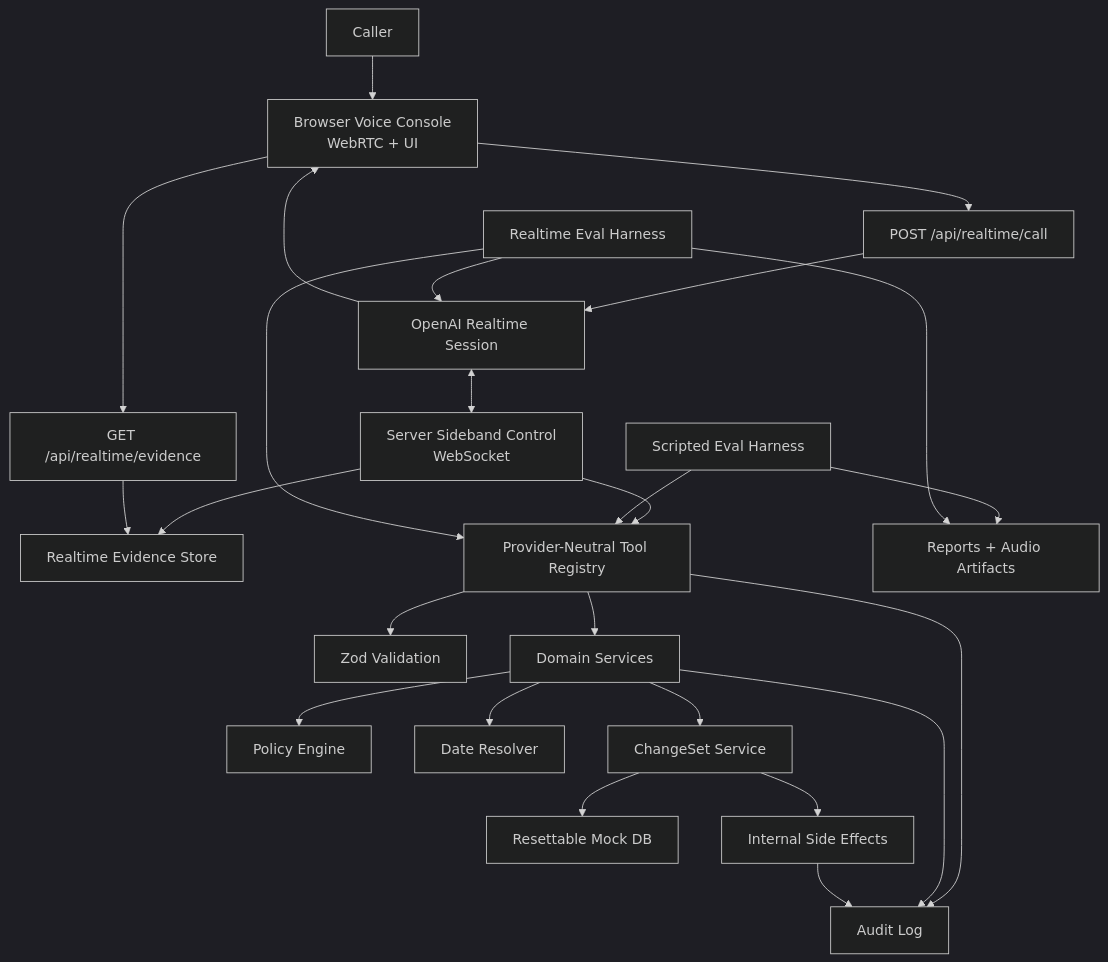
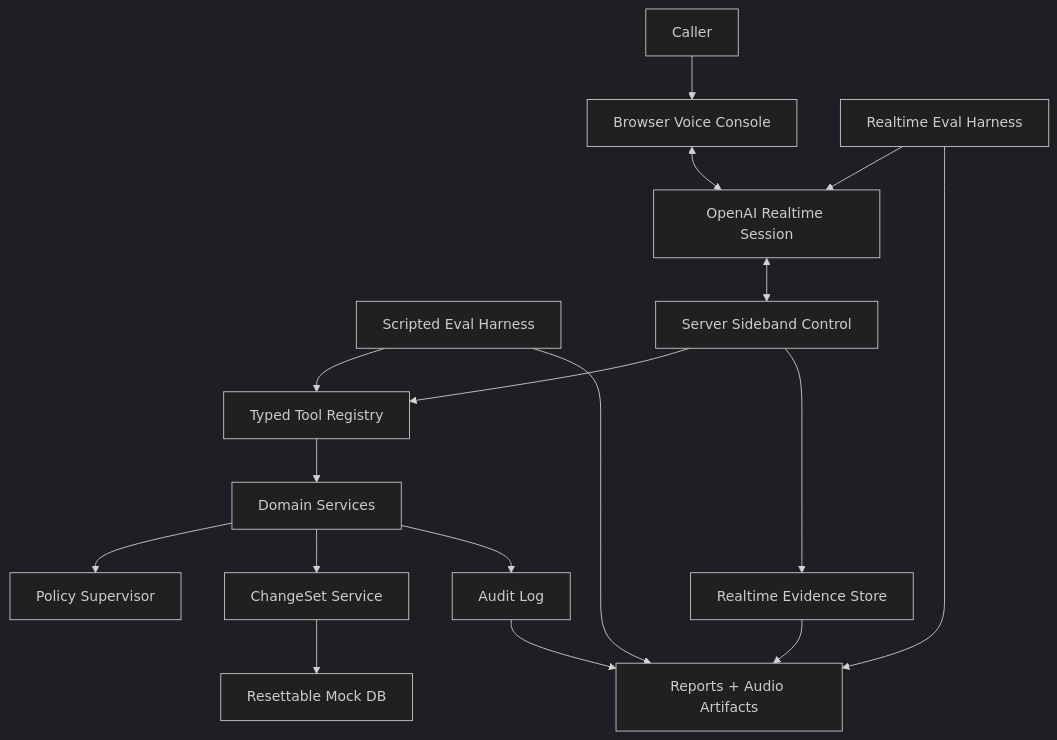
Before and after one commit to terracio/voice-ops-agent: the first of 2 diagrams in docs/architecture.md, drawn with Mermaid (dark theme). The commit also changed other lines of this file and 7 other files, not shown here.

Commit message:
docs: sharpen voice ops architecture docs

````diff
--- a/docs/architecture.md
+++ b/docs/architecture.md
@@ -11,47 +34,34 @@
 ```mermaid
 flowchart TD
   Caller["Caller"]
-  Browser["Browser Voice Console\nWebRTC + UI"]
-  CallRoute["POST /api/realtime/call"]
+  Browser["Browser Voice Console"]
+  Scripted["Scripted Eval Harness"]
+  RTEval["Realtime Eval Harness"]
   Realtime["OpenAI Realtime Session"]
-  Sideband["Server Sideband Control\nWebSocket"]
-  EvidenceRoute["GET /api/realtime/evidence"]
-  Evidence["Realtime Evidence Store"]
-  Registry["Provider-Neutral Tool Registry"]
-  Schemas["Zod Validation"]
+  Sideband["Server Sideband Control"]
+  Registry["Typed Tool Registry"]
   Domain["Domain Services"]
-  Policy["Policy Engine"]
-  Dates["Date Resolver"]
+  Policy["Policy Supervisor"]
   ChangeSet["ChangeSet Service"]
   DB["Resettable Mock DB"]
-  SideFx["Internal Side Effects"]
   Audit["Audit Log"]
-  Scripted["Scripted Eval Harness"]
-  RTEval["Realtime Eval Harness"]
+  Evidence["Realtime Evidence Store"]
   Reports["Reports + Audio Artifacts"]
 
   Caller --> Browser
-  Browser --> CallRoute
-  CallRoute --> Realtime
-  Realtime --> Browser
+  Browser <--> Realtime
   Realtime <--> Sideband
+  RTEval --> Realtime
+  Scripted --> Registry
   Sideband --> Registry
-  Sideband --> Evidence
-  Browser --> EvidenceRoute
-  EvidenceRoute --> Evidence
-  Registry --> Schemas
   Registry --> Domain
   Domain --> Policy
-  Domain --> Dates
   Domain --> ChangeSet
   ChangeSet --> DB
-  ChangeSet --> SideFx
-  Registry --> Audit
   Domain --> Audit
-  SideFx --> Audit
-  Scripted --> Registry
-  RTEval --> Realtime
-  RTEval --> Registry
+  Sideband --> Evidence
   Scripted --> Reports
   RTEval --> Reports
+  Audit --> Reports
+  Evidence --> Reports
 ```
````
